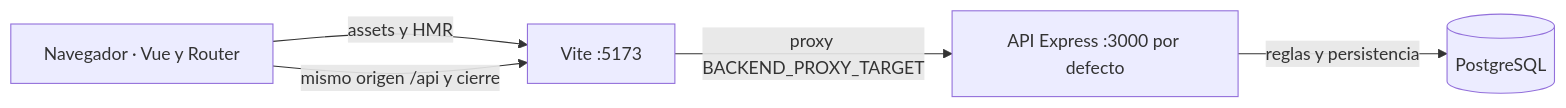
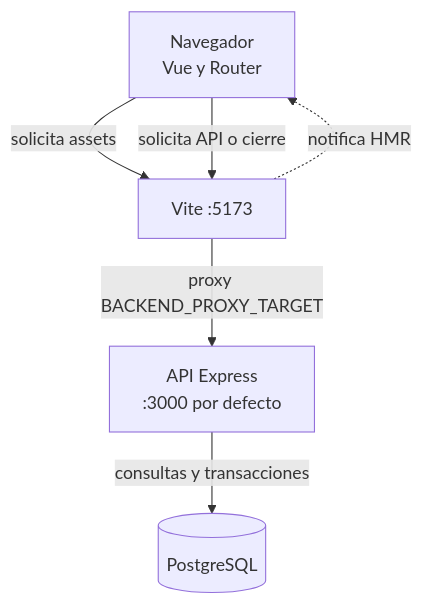
One commit to gpgsistemas01/nexus changed the first of 3 diagrams in front/docs/architecture/views/physical/runtime-and-build.md. Above: the diagram before and after it, drawn with Mermaid. The commit also changed other lines of this file and 227 other files, not shown here.

````diff
--- a/front/docs/architecture/views/physical/runtime-and-build.md
+++ b/front/docs/architecture/views/physical/runtime-and-build.md
@@ -7,7 +12,8 @@
 ```mermaid
-flowchart LR
-    browser["Navegador · Vue y Router"] -->|assets y HMR| vite["Vite :5173"]
-    browser -->|mismo origen /api y cierre| vite
-    vite -->|proxy BACKEND_PROXY_TARGET| api["API Express :3000 por defecto"]
-    api -->|reglas y persistencia| db[("PostgreSQL")]
+flowchart TB
+    browser["Navegador<br/>Vue y Router"] -->|solicita assets| vite["Vite :5173"]
+    vite -.->|notifica HMR| browser
+    browser -->|solicita API o cierre| vite
+    vite -->|proxy BACKEND_PROXY_TARGET| api["API Express<br/>:3000 por defecto"]
+    api -->|consultas y transacciones| db[("PostgreSQL")]
 ```
````
